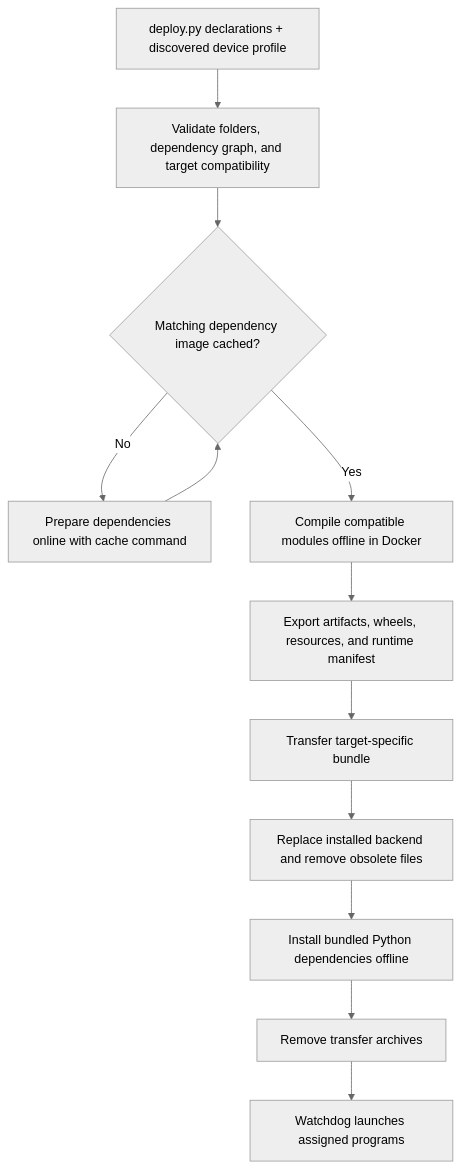
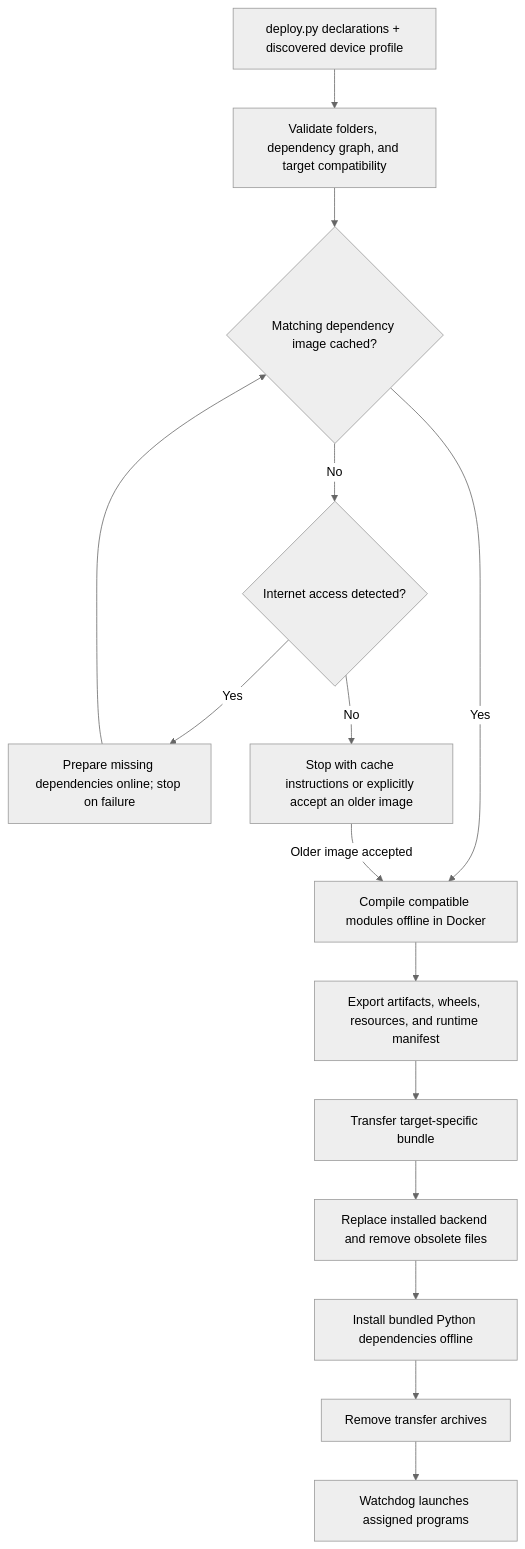
The diagram in docs/deployment-architecture.md (PinewoodRobotics/B.L.I.T.Z), drawn with Mermaid (neutral theme) before and after one commit. The commit also changed other lines of this file and 29 other files, not shown here.

````diff
--- a/docs/deployment-architecture.md
+++ b/docs/deployment-architecture.md
@@ -140,14 +140,17 @@
 ```mermaid
 flowchart TD
     A["deploy.py declarations + discovered device profile"] --> B["Validate folders, dependency graph, and target compatibility"]
     B --> C{"Matching dependency image cached?"}
-    C -->|No| D["Prepare dependencies online with cache command"]
-    D --> C
+    C -->|No| D{"Internet access detected?"}
+    D -->|Yes| L["Prepare missing dependencies online; stop on failure"]
+    D -->|No| M["Stop with cache instructions or explicitly accept an older image"]
+    L --> C
     C -->|Yes| E["Compile compatible modules offline in Docker"]
+    M -->|Older image accepted| E
     E --> F["Export artifacts, wheels, resources, and runtime manifest"]
     F --> G["Transfer target-specific bundle"]
     G --> H["Replace installed backend and remove obsolete files"]
     H --> I["Install bundled Python dependencies offline"]
     I --> J["Remove transfer archives"]
     J --> K["Watchdog launches assigned programs"]
 ```
````
